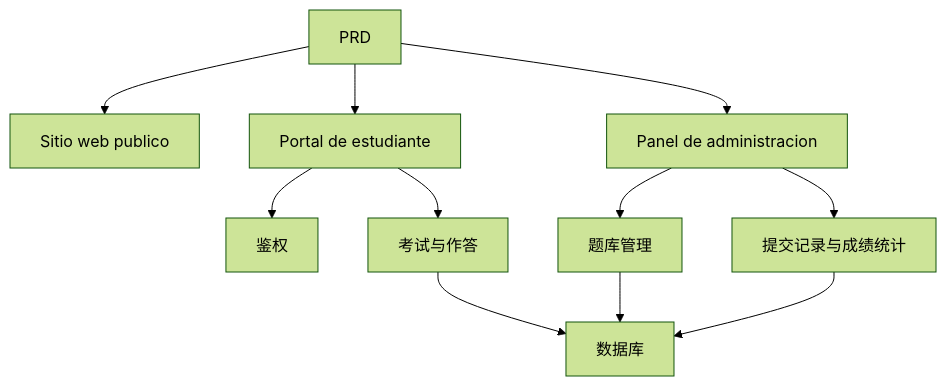
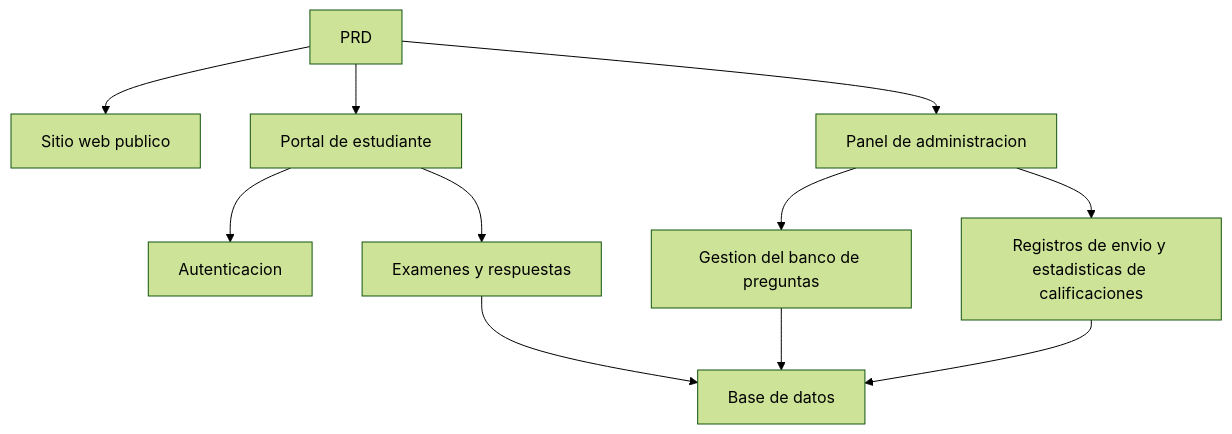
Before and after one commit to sketchymonk/easy-vibe: the diagram in docs/es-es/stage-2/assignments/exam-management-express/index.md, drawn with Mermaid (forest theme). The commit also changed other lines of this file and 59 other files, not shown here.

````diff
--- a/docs/es-es/stage-2/assignments/exam-management-express/index.md
+++ b/docs/es-es/stage-2/assignments/exam-management-express/index.md
@@ -74,13 +74,13 @@
 ```mermaid
 flowchart TD
   prd["PRD"] --> web["Sitio web publico"]
   prd --> student["Portal de estudiante"]
   prd --> admin["Panel de administracion"]
-  student --> auth["鉴权"]
-  student --> exam["考试与作答"]
-  exam --> db["数据库"]
-  admin --> question["题库管理"]
-  admin --> submission["提交记录与成绩统计"]
+  student --> auth["Autenticacion"]
+  student --> exam["Examenes y respuestas"]
+  exam --> db["Base de datos"]
+  admin --> question["Gestion del banco de preguntas"]
+  admin --> submission["Registros de envio y estadisticas de calificaciones"]
   question --> db
   submission --> db
 ```
````
